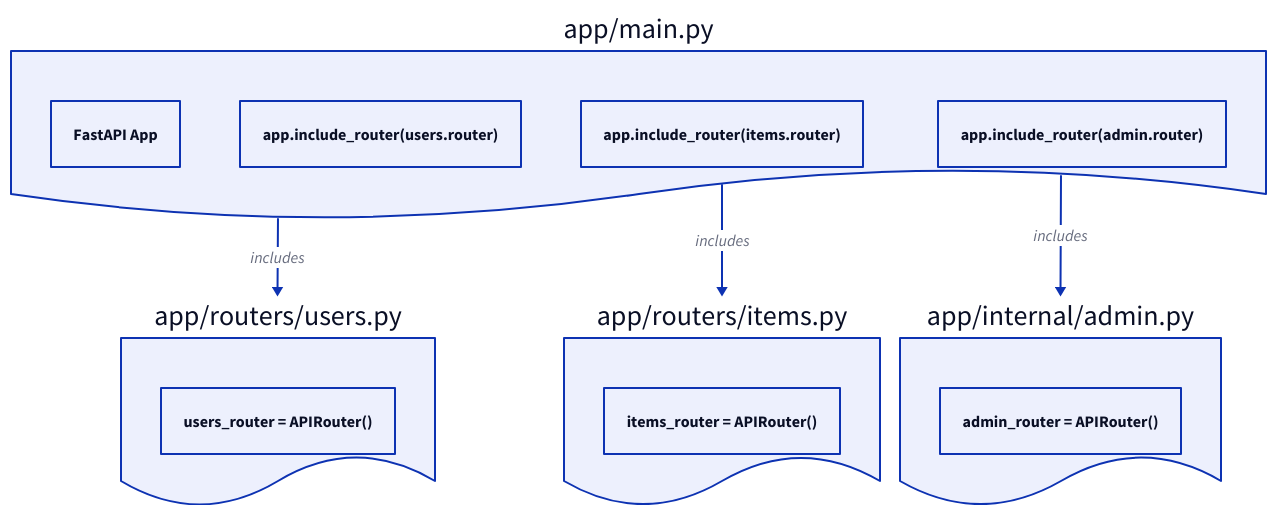
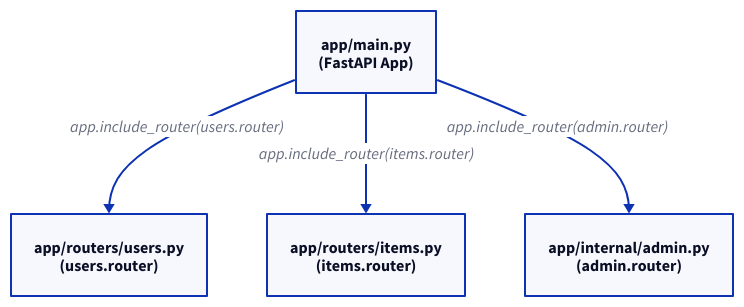
Before and after one commit to lban2049/fastapi: the diagram in .aigne/doc-smith/docs/advanced-bigger-applications.md, drawn with D2. The commit also changed other lines of this file and 42 other files, not shown here.

````diff
--- a/.aigne/doc-smith/docs/advanced-bigger-applications.md
+++ b/.aigne/doc-smith/docs/advanced-bigger-applications.md
@@ -58,43 +60,27 @@
 ```d2
 direction: down
 
-"app/main.py": {
-  shape: document
-  label: "app/main.py"
-  "FastAPI App": {
-    shape: rectangle
-    label: "FastAPI App"
-  }
-  "app.include_router(users.router)": {label: "app.include_router(users.router)"}
-  "app.include_router(items.router)": {label: "app.include_router(items.router)"}
-  "app.include_router(admin.router)": {label: "app.include_router(admin.router)"}
+app-main: {
+  label: "app/main.py\n(FastAPI App)"
+  shape: rectangle
 }
 
-"app/routers/users.py": {
-  shape: document
-  label: "app/routers/users.py"
-  "users_router": {
-    label: "users_router = APIRouter()"
-  }
+app-routers-users: {
+  label: "app/routers/users.py\n(users.router)"
+  shape: rectangle
 }
 
-"app/routers/items.py": {
-  shape: document
-  label: "app/routers/items.py"
-  "items_router": {
-    label: "items_router = APIRouter()"
-  }
+app-routers-items: {
+  label: "app/routers/items.py\n(items.router)"
+  shape: rectangle
 }
 
-"app/internal/admin.py": {
-  shape: document
-  label: "app/internal/admin.py"
-  "admin_router": {
-    label: "admin_router = APIRouter()"
-  }
+app-internal-admin: {
+  label: "app/internal/admin.py\n(admin.router)"
+  shape: rectangle
 }
 
-"app/main.py" -> "app/routers/users.py": includes
-"app/main.py" -> "app/routers/items.py": includes
-"app/main.py" -> "app/internal/admin.py": includes
+app-main -> app-routers-users: "app.include_router(users.router)"
+app-main -> app-routers-items: "app.include_router(items.router)"
+app-main -> app-internal-admin: "app.include_router(admin.router)"
 ```
````
